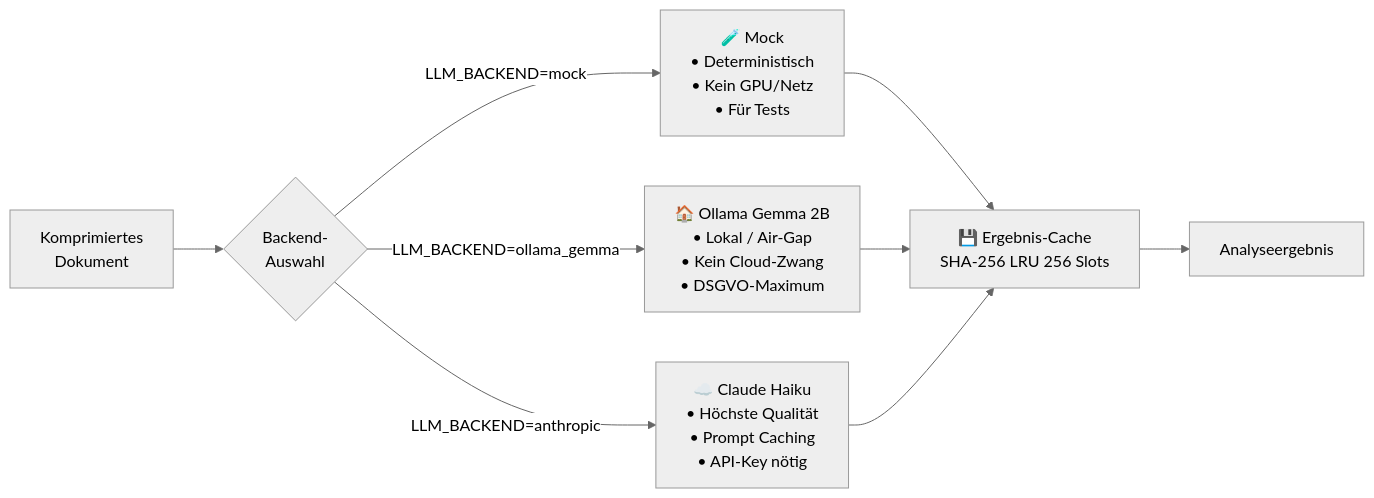
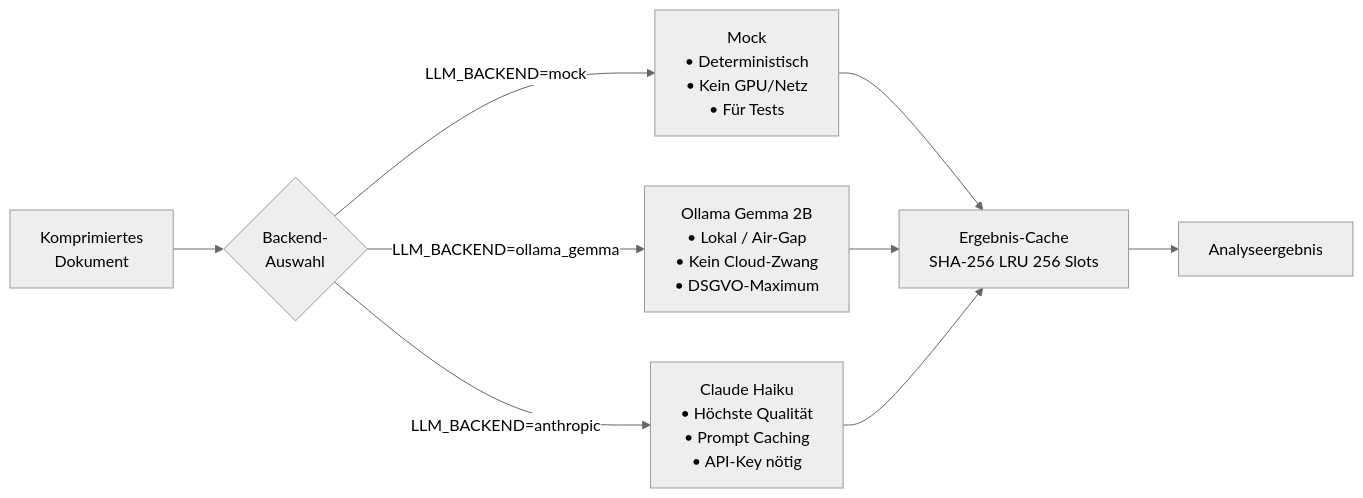
One commit to ProfRandom92/Comptext-Daimler-Experiment- changed the fifth of 6 diagrams in README.md. Above: the diagram before and after it, drawn with Mermaid (neutral theme). The commit also changed other lines of this file, not shown here.

First line of the commit message:
docs: update README to reflect current system state (75 tests, 82 OBD codes, React frontend)

````diff
--- a/README.md
+++ b/README.md
@@ -232,11 +234,11 @@
 ```mermaid
 graph LR
     Doc[Komprimiertes\nDokument] --> Dispatch{Backend-\nAuswahl}
 
-    Dispatch -->|LLM_BACKEND=mock| Mock["🧪 Mock\n• Deterministisch\n• Kein GPU/Netz\n• Für Tests"]
-    Dispatch -->|LLM_BACKEND=ollama_gemma| Ollama["🏠 Ollama Gemma 2B\n• Lokal / Air-Gap\n• Kein Cloud-Zwang\n• DSGVO-Maximum"]
-    Dispatch -->|LLM_BACKEND=anthropic| Claude["☁️ Claude Haiku\n• Höchste Qualität\n• Prompt Caching\n• API-Key nötig"]
+    Dispatch -->|LLM_BACKEND=mock| Mock["Mock\n• Deterministisch\n• Kein GPU/Netz\n• Für Tests"]
+    Dispatch -->|LLM_BACKEND=ollama_gemma| Ollama["Ollama Gemma 2B\n• Lokal / Air-Gap\n• Kein Cloud-Zwang\n• DSGVO-Maximum"]
+    Dispatch -->|LLM_BACKEND=anthropic| Claude["Claude Haiku\n• Höchste Qualität\n• Prompt Caching\n• API-Key nötig"]
 
-    Mock & Ollama & Claude --> Cache["💾 Ergebnis-Cache\nSHA-256 LRU 256 Slots"]
+    Mock & Ollama & Claude --> Cache["Ergebnis-Cache\nSHA-256 LRU 256 Slots"]
     Cache --> Result[Analyseergebnis]
 ```
````
